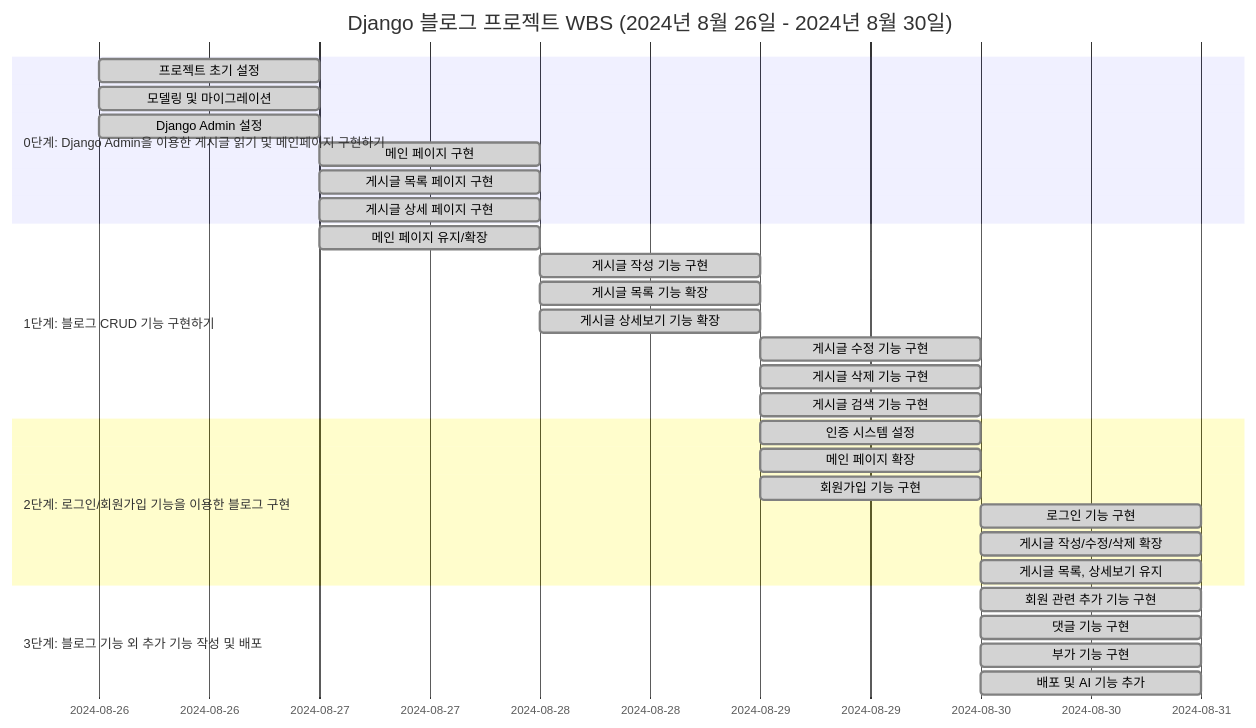
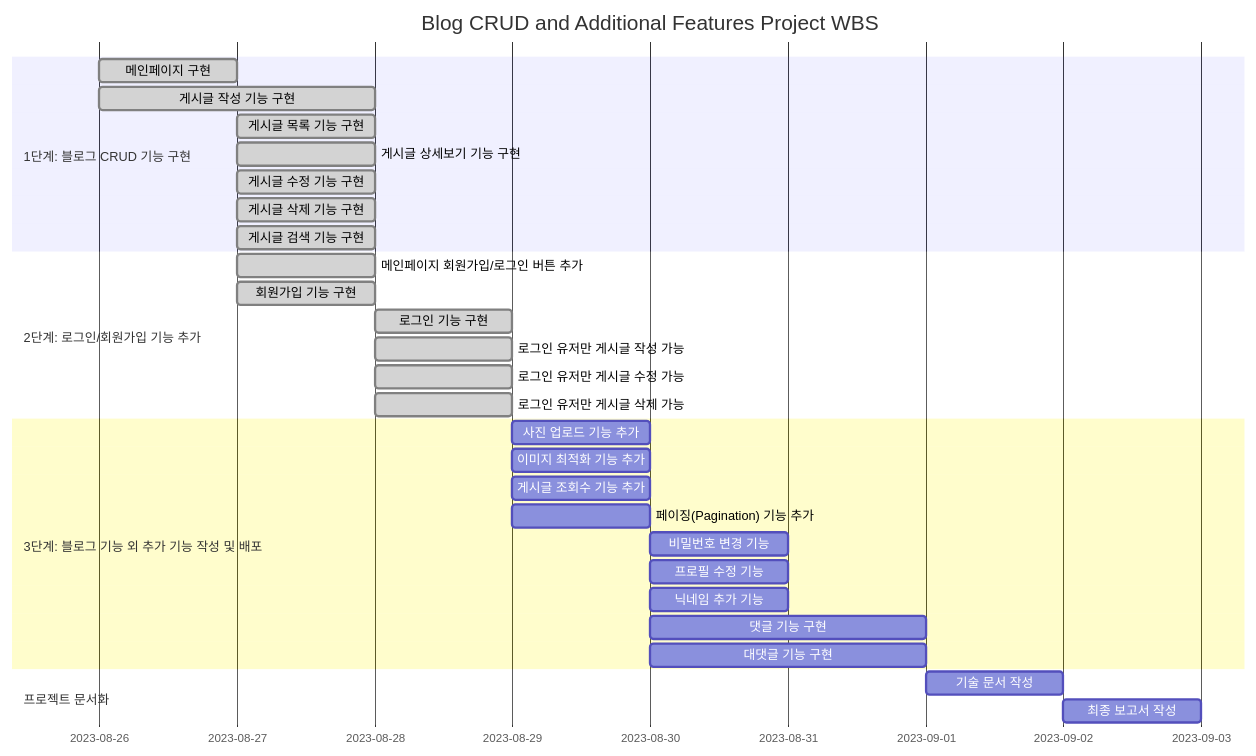
Before and after one commit to NamMinWoo91/Blog_project: the first of 2 diagrams in README.md, drawn with Mermaid. The commit also changed other lines of this file and 1 other file, not shown here.

````diff
--- a/README.md
+++ b/README.md
@@ -6,35 +181,36 @@
 ```mermaid
 gantt
-    title Django 블로그 프로젝트 WBS (2024년 8월 26일 - 2024년 8월 30일)
+    title Blog CRUD and Additional Features Project WBS
     dateFormat  YYYY-MM-DD
-    section 0단계: Django Admin을 이용한 게시글 읽기 및 메인페이지 구현하기
-    프로젝트 초기 설정             :done,  d0, 2024-08-26, 1d
-    모델링 및 마이그레이션         :done,  d1, 2024-08-26, 1d
-    Django Admin 설정             :done,  d2, 2024-08-26, 1d
-    메인 페이지 구현               :done,  d3, 2024-08-27, 0.5d
-    게시글 목록 페이지 구현         :done,  d4, 2024-08-27, 0.5d
-    게시글 상세 페이지 구현         :done,  d5, 2024-08-27, 0.5d
+    section 1단계: 블로그 CRUD 기능 구현
+    메인페이지 구현               :done, 2023-08-26, 1d
+    게시글 작성 기능 구현          :done, 2023-08-26, 2d
+    게시글 목록 기능 구현          :done, 2023-08-27, 1d
+    게시글 상세보기 기능 구현       :done, 2023-08-27, 1d
+    게시글 수정 기능 구현          :done, 2023-08-27, 1d
+    게시글 삭제 기능 구현          :done, 2023-08-27, 1d
+    게시글 검색 기능 구현          :done, 2023-08-27, 1d
 
-    section 1단계: 블로그 CRUD 기능 구현하기
-    메인 페이지 유지/확장          :done,  d6, 2024-08-27, 0.5d
-    게시글 작성 기능 구현          :done,  d7, 2024-08-28, 1d
-    게시글 목록 기능 확장          :done,  d8, 2024-08-28, 0.5d
-    게시글 상세보기 기능 확장      :done,  d9, 2024-08-28, 0.5d
-    게시글 수정 기능 구현          :done, d10, 2024-08-29, 1d
-    게시글 삭제 기능 구현          :done, d11, 2024-08-29, 0.5d
-    게시글 검색 기능 구현          :done, d12, 2024-08-29, 0.5d
-
-    section 2단계: 로그인/회원가입 기능을 이용한 블로그 구현
-    인증 시스템 설정              :done, d13, 2024-08-29, 1d
-    메인 페이지 확장              :done, d14, 2024-08-29, 0.5d
-    회원가입 기능 구현            :done, d15, 2024-08-29, 0.5d
-    로그인 기능 구현              :done, d16, 2024-08-30, 0.5d
-    게시글 작성/수정/삭제 확장     :done, d17, 2024-08-30, 0.5d
-    게시글 목록, 상세보기 유지     :done, d18, 2024-08-30, 0.5d
+    section 2단계: 로그인/회원가입 기능 추가
+    메인페이지 회원가입/로그인 버튼 추가 :done, 2023-08-27, 1d
+    회원가입 기능 구현               :done, 2023-08-27, 1d
+    로그인 기능 구현                 :done, 2023-08-28, 1d
+    로그인 유저만 게시글 작성 가능     :done, 2023-08-28, 1d
+    로그인 유저만 게시글 수정 가능     :done, 2023-08-28, 1d
+    로그인 유저만 게시글 삭제 가능     :done, 2023-08-28, 1d
 
     section 3단계: 블로그 기능 외 추가 기능 작성 및 배포
-    회원 관련 추가 기능 구현      :done, d19, 2024-08-30, 0.5d
-    댓글 기능 구현               :done, d20, 2024-08-30, 0.5d
-    부가 기능 구현               :done, d21, 2024-08-30, 0.5d
-    배포 및 AI 기능 추가          :done, d22, 2024-08-30, 0.5d
+    사진 업로드 기능 추가             :2023-08-29, 1d
+    이미지 최적화 기능 추가           :2023-08-29, 1d
+    게시글 조회수 기능 추가           :2023-08-29, 1d
+    페이징(Pagination) 기능 추가      :2023-08-29, 1d
+    비밀번호 변경 기능                :2023-08-30, 1d
+    프로필 수정 기능                  :2023-08-30, 1d
+    닉네임 추가 기능                  :2023-08-30, 1d
+    댓글 기능 구현                    :2023-08-30, 2d
+    대댓글 기능 구현                    :2023-08-30, 2d
+
+    section 프로젝트 문서화
+    기술 문서 작성                    :2023-09-01, 1d
+    최종 보고서 작성                  :2023-09-02, 1d
 ```
````
